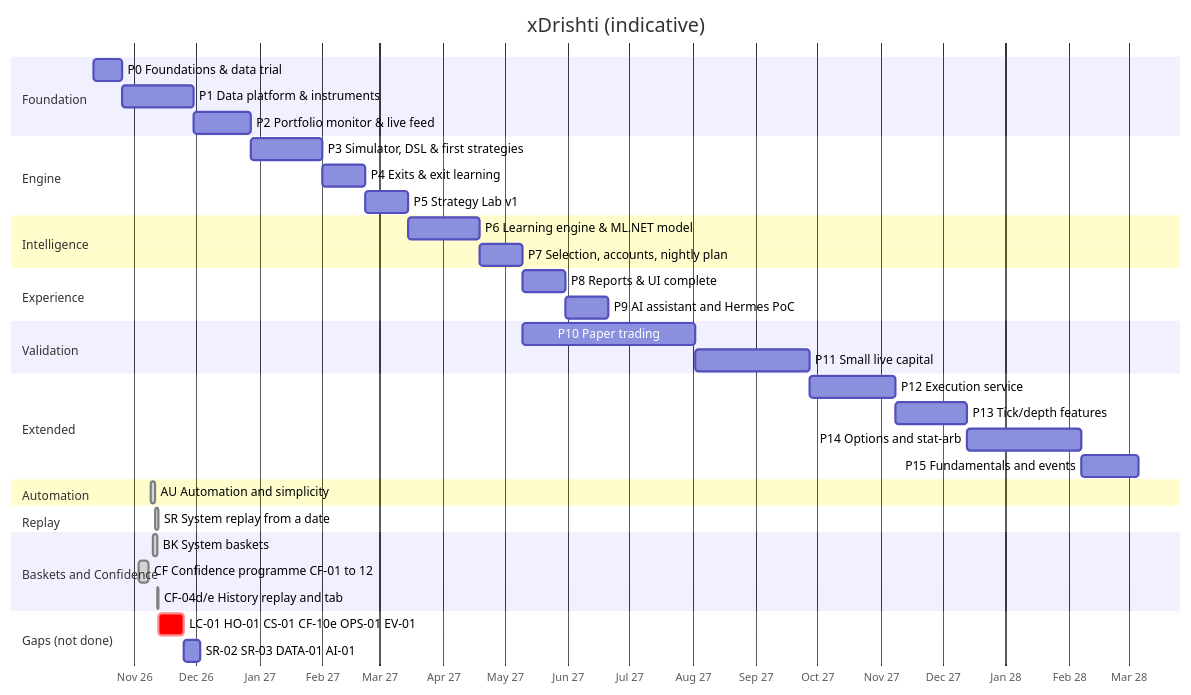
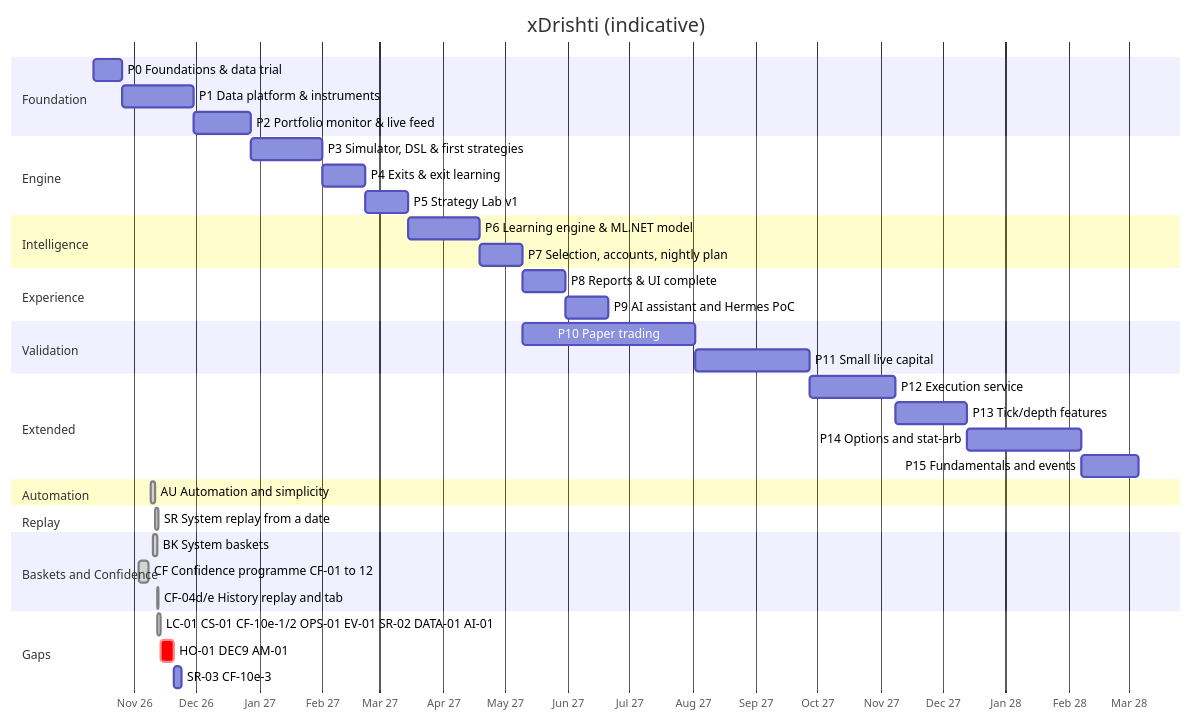
Before and after one commit to hemsingh81/xDrishti: the diagram in docs/design/18-roadmap.md, drawn with Mermaid. The commit also changed other lines of this file and 12 other files, not shown here.

````diff
--- a/docs/design/18-roadmap.md
+++ b/docs/design/18-roadmap.md
@@ -6,39 +6,40 @@
 ```mermaid
 gantt
     dateFormat  YYYY-MM-DD
     axisFormat  %b %y
     title xDrishti (indicative)
     section Foundation
     P0 Foundations & data trial          :p0, 2026-10-12, 2w
     P1 Data platform & instruments       :p1, after p0, 5w
     P2 Portfolio monitor & live feed     :p2, after p1, 4w
     section Engine
     P3 Simulator, DSL & first strategies :p3, after p2, 5w
     P4 Exits & exit learning             :p4, after p3, 3w
     P5 Strategy Lab v1                   :p5, after p4, 3w
     section Intelligence
     P6 Learning engine & ML.NET model    :p6, after p5, 5w
     P7 Selection, accounts, nightly plan :p7, after p6, 3w
     section Experience
     P8 Reports & UI complete             :p8, after p7, 3w
     P9 AI assistant and Hermes PoC       :p9, after p8, 3w
     section Validation
     P10 Paper trading                    :p10, after p7, 12w
     P11 Small live capital               :p11, after p10, 8w
     section Extended
     P12 Execution service                :p12, after p11, 6w
     P13 Tick/depth features              :p13, after p12, 5w
     P14 Options and stat-arb             :p14, after p13, 8w
     P15 Fundamentals and events          :p15, after p14, 4w
     section Automation
     AU Automation and simplicity         :done, au, 2026-11-09, 2d
     section Replay
     SR System replay from a date         :done, sr, 2026-11-11, 2d
     section Baskets and Confidence
     BK System baskets                    :done, bk, 2026-11-10, 2d
     CF Confidence programme CF-01 to 12  :done, cf, 2026-11-03, 5d
     CF-04d/e History replay and tab      :done, cf04, 2026-11-12, 1d
-    section Gaps (not done)
-    LC-01 HO-01 CS-01 CF-10e OPS-01 EV-01 :crit, gap1, 2026-11-13, 12d
-    SR-02 SR-03 DATA-01 AI-01            :gap2, after gap1, 8d
+    section Gaps
+    LC-01 CS-01 CF-10e-1/2 OPS-01 EV-01 SR-02 DATA-01 AI-01 :done, gap0, 2026-11-12, 2d
+    HO-01 DEC9 AM-01                     :crit, gap1, 2026-11-14, 6d
+    SR-03 CF-10e-3                       :gap2, after gap1, 4d
 ```
````
